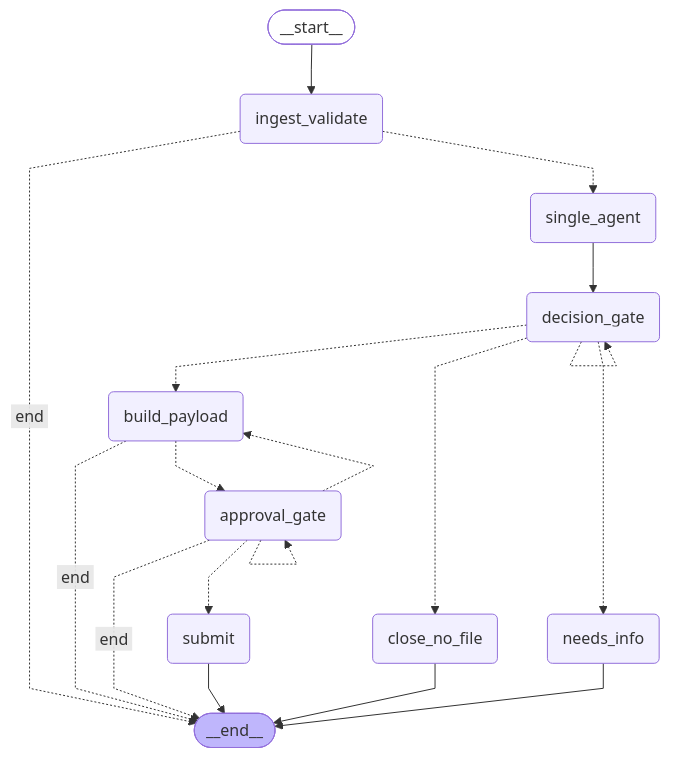
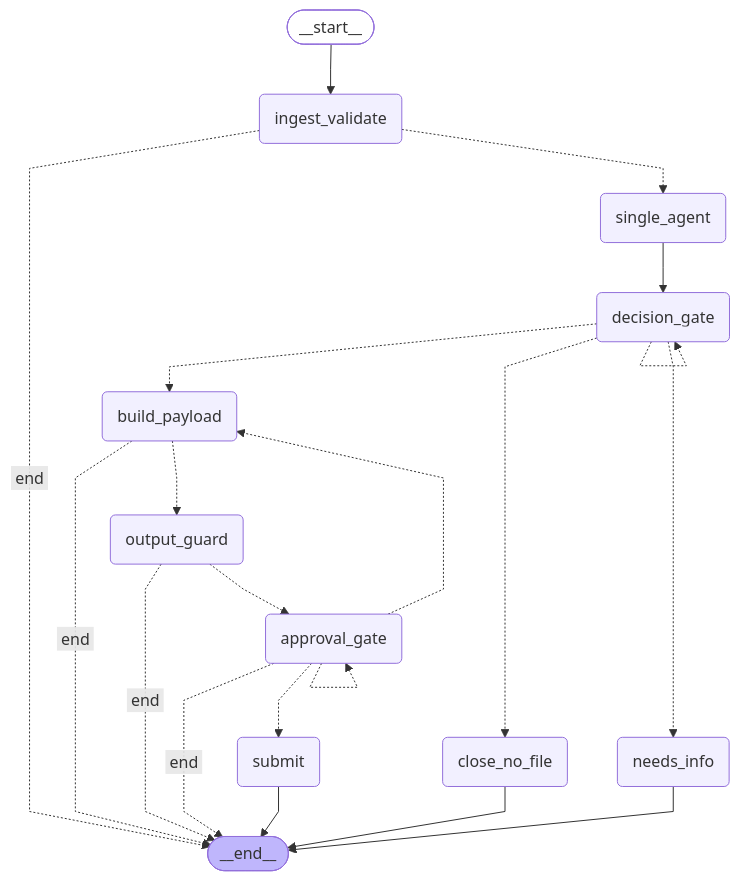
One commit to x1chg956/genai-project changed the diagram in docs/graph_c1.md. Above: the diagram before and after it, drawn with Mermaid. The commit also changed 25 other files, not shown here.

````diff
--- a/docs/graph_c1.md
+++ b/docs/graph_c1.md
@@ -6,38 +6,41 @@
 ```mermaid
 ---
 config:
   flowchart:
     curve: linear
 ---
 graph TD;
 	__start__([<p>__start__</p>]):::first
 	ingest_validate(ingest_validate)
 	single_agent(single_agent)
 	decision_gate(decision_gate)
 	close_no_file(close_no_file)
 	needs_info(needs_info)
 	build_payload(build_payload)
+	output_guard(output_guard)
 	approval_gate(approval_gate)
 	submit(submit)
 	__end__([<p>__end__</p>]):::last
 	__start__ --> ingest_validate;
 	approval_gate -. &nbsp;end&nbsp; .-> __end__;
 	approval_gate -.-> build_payload;
 	approval_gate -.-> submit;
 	build_payload -. &nbsp;end&nbsp; .-> __end__;
-	build_payload -.-> approval_gate;
+	build_payload -.-> output_guard;
 	decision_gate -.-> build_payload;
 	decision_gate -.-> close_no_file;
 	decision_gate -.-> needs_info;
 	ingest_validate -. &nbsp;end&nbsp; .-> __end__;
 	ingest_validate -.-> single_agent;
+	output_guard -. &nbsp;end&nbsp; .-> __end__;
+	output_guard -.-> approval_gate;
 	single_agent --> decision_gate;
 	close_no_file --> __end__;
 	needs_info --> __end__;
 	submit --> __end__;
 	approval_gate -.-> approval_gate;
 	decision_gate -.-> decision_gate;
 	classDef default fill:#f2f0ff,line-height:1.2
 	classDef first fill-opacity:0
 	classDef last fill:#bfb6fc
 ```
````
